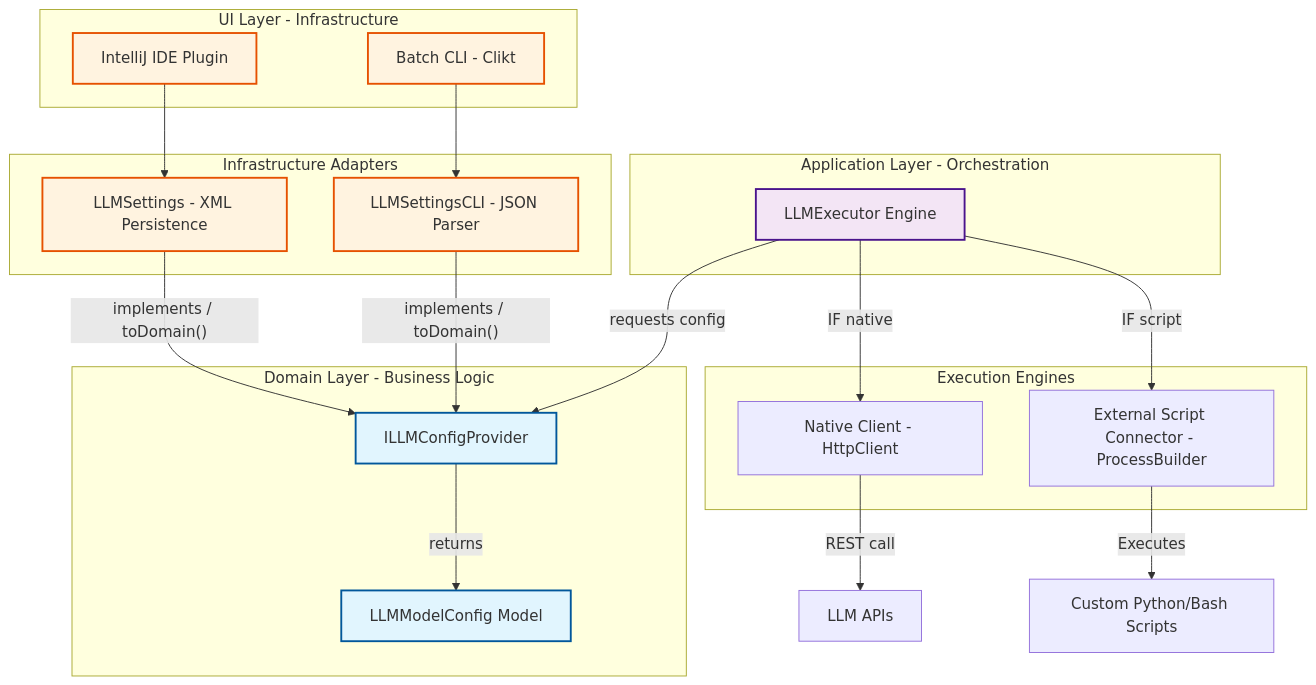
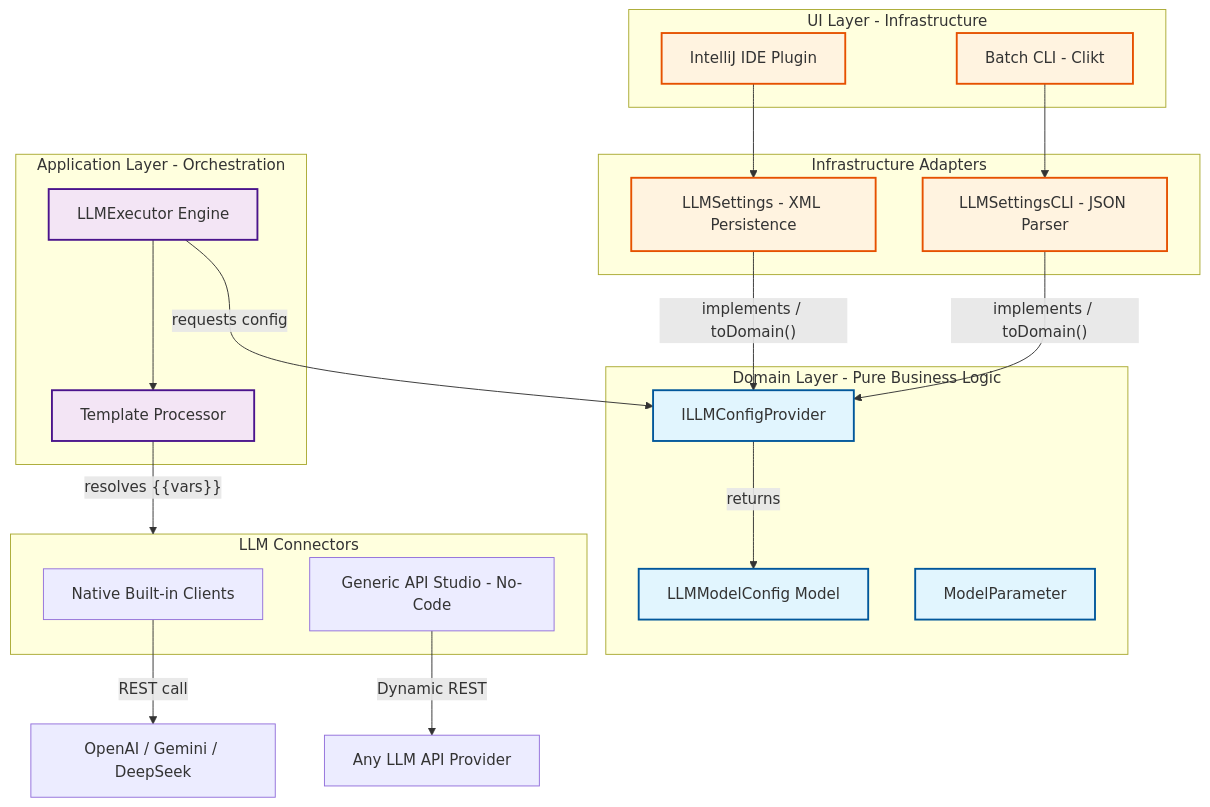
Before and after one commit to uffsoftwaretesting/bddtestgen: the diagram in architecture_overview.md, drawn with Mermaid. The commit also changed other lines of this file, not shown here.

Commit message:
docs: update architecture overview for Generic API Studio

````diff
--- a/architecture_overview.md
+++ b/architecture_overview.md
@@ -5,50 +5,52 @@
 ```mermaid
 graph TD
     subgraph UI_Layer [UI Layer - Infrastructure]
         IDE[IntelliJ IDE Plugin]
         CLI[Batch CLI - Clikt]
     end
 
-    subgraph Domain_Layer [Domain Layer - Business Logic]
+    subgraph Domain_Layer [Domain Layer - Pure Business Logic]
         Provider[ILLMConfigProvider]
         Model[LLMModelConfig Model]
+        Param[ModelParameter]
     end
 
     subgraph App_Layer [Application Layer - Orchestration]
         Executor[LLMExecutor Engine]
+        Templates[Template Processor]
     end
 
     subgraph Adapters [Infrastructure Adapters]
         Settings[LLMSettings - XML Persistence]
         SettingsCLI[LLMSettingsCLI - JSON Parser]
     end
 
-    subgraph Execution_Engines [Execution Engines]
-        Native[Native Client - HttpClient]
-        External[External Script Connector - ProcessBuilder]
+    subgraph Connectors [LLM Connectors]
+        Native[Native Built-in Clients]
+        GenericAPI[Generic API Studio - No-Code]
     end
 
     IDE --> Settings
     CLI --> SettingsCLI
     
     Settings -- "implements / toDomain()" --> Provider
     SettingsCLI -- "implements / toDomain()" --> Provider
     
     Executor -- "requests config" --> Provider
     Provider -- "returns" --> Model
     
-    Executor -- "IF native" --> Native
-    Executor -- "IF script" --> External
+    Executor --> Templates
+    Templates -- "resolves {{vars}}" --> Connectors
     
-    Native -- "REST call" --> OpenAI_Gemini[LLM APIs]
-    External -- "Executes" --> PyBash[Custom Python/Bash Scripts]
+    Native -- "REST call" --> BuiltIn[OpenAI / Gemini / DeepSeek]
+    GenericAPI -- "Dynamic REST" --> AnyAPI[Any LLM API Provider]
 
     %% Styling
     classDef domain fill:#e1f5fe,stroke:#01579b,stroke-width:2px;
     classDef infra fill:#fff3e0,stroke:#e65100,stroke-width:2px;
     classDef app fill:#f3e5f5,stroke:#4a148c,stroke-width:2px;
     
-    class Provider,Model domain;
+    class Provider,Model,Param domain;
     class Settings,SettingsCLI,IDE,CLI infra;
-    class Executor app;
+    class Executor,Templates app;
 ```
````
